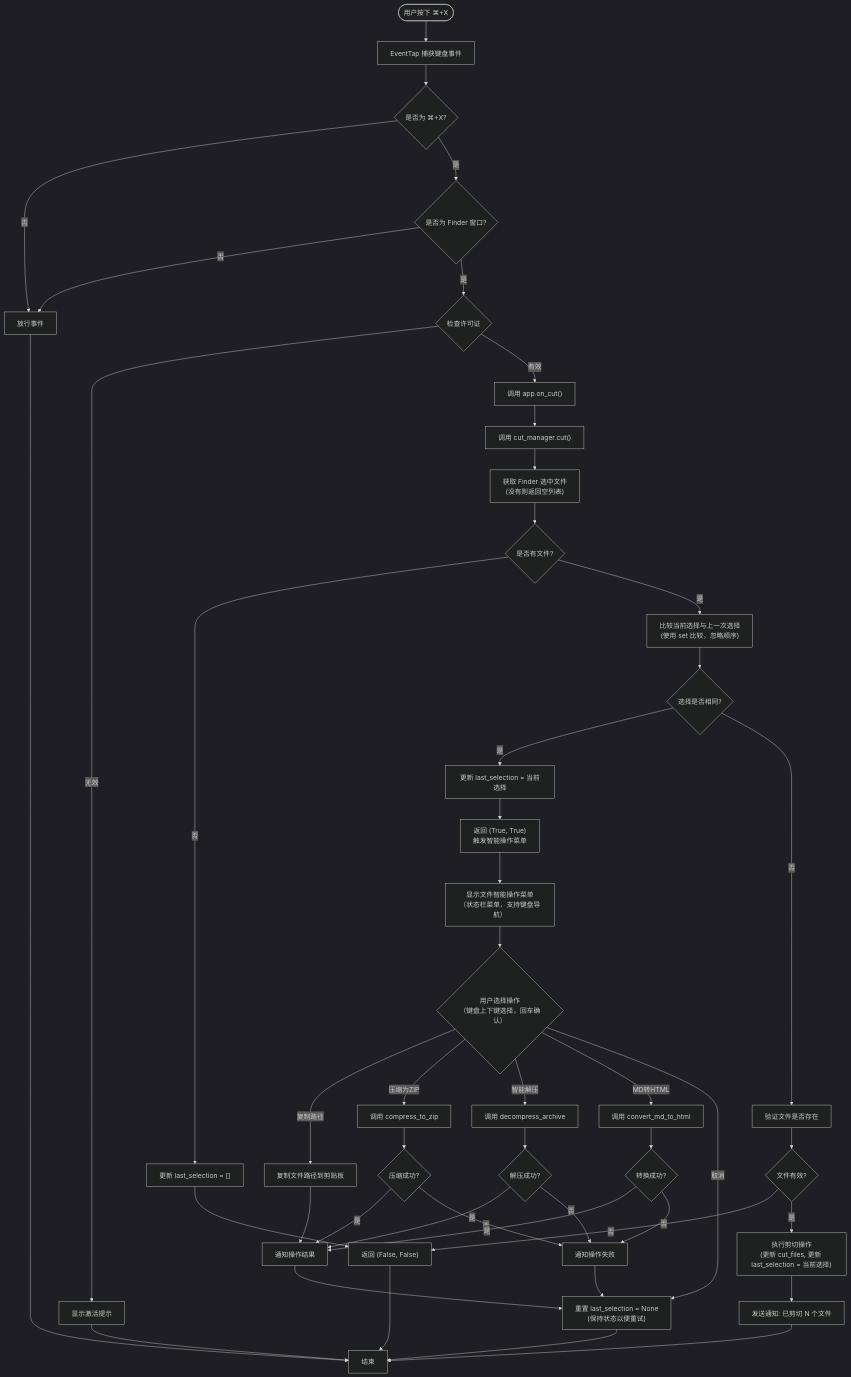
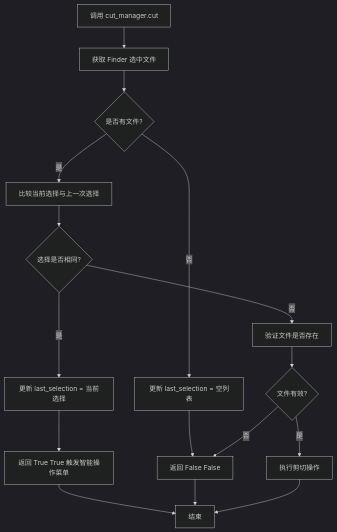
The third of 7 diagrams in 流程图.md (zhangs-cedar/mac-commondX), drawn with Mermaid (dark theme) before and after one commit. The commit also changed other lines of this file and 2 other files, not shown here.

Commit message:
feat: 添加流程图模块和Kimi API Key输入功能，优化用户交互体验

````diff
--- a/流程图.md
+++ b/流程图.md
@@ -5,61 +56,23 @@
 ```mermaid
 flowchart TD
-    Start(["用户按下 ⌘+X"]) --> EventTap[EventTap 捕获键盘事件]
-    EventTap --> CheckKey{是否为 ⌘+X?}
-    CheckKey -->|否| PassEvent[放行事件]
-    CheckKey -->|是| CheckFinder{是否为 Finder 窗口?}
-    CheckFinder -->|否| PassEvent
-    CheckFinder -->|是| CheckLicense{检查许可证}
-    
-    CheckLicense -->|无效| ShowActivation[显示激活提示]
-    CheckLicense -->|有效| OnCut["调用 app.on_cut()"]
-    
-    OnCut --> CallCut["调用 cut_manager.cut()"]
-    CallCut --> GetSelection["获取 Finder 选中文件<br/>(没有则返回空列表)"]
+    Start[调用 cut_manager.cut] --> GetSelection[获取 Finder 选中文件]
     GetSelection --> HasFiles{是否有文件?}
     
-    HasFiles -->|否| UpdateLastEmpty["更新 last_selection = []"]
-    HasFiles -->|是| CompareSelection["比较当前选择与上一次选择<br/>(使用 set 比较，忽略顺序)"]
+    HasFiles -->|否| UpdateLastEmpty[更新 last_selection = 空列表]
+    HasFiles -->|是| CompareSelection[比较当前选择与上一次选择]
     
     CompareSelection --> IsSame{选择是否相同?}
-    IsSame -->|是| UpdateLastSame["更新 last_selection = 当前选择"]
-    IsSame -->|否| ValidateFiles["验证文件是否存在"]
+    IsSame -->|是| UpdateLastSame[更新 last_selection = 当前选择]
+    IsSame -->|否| ValidateFiles[验证文件是否存在]
     
-    UpdateLastSame --> ReturnShowDialog["返回 (True, True)<br/>触发智能操作菜单"]
-    UpdateLastEmpty --> ReturnFalse["返回 (False, False)"]
+    UpdateLastSame --> ReturnShowDialog[返回 True True 触发智能操作菜单]
+    UpdateLastEmpty --> ReturnFalse[返回 False False]
     
     ValidateFiles --> FilesValid{文件有效?}
     FilesValid -->|否| ReturnFalse
-    FilesValid -->|是| DoCut["执行剪切操作<br/>(更新 cut_files, 更新 last_selection = 当前选择)"]
+    FilesValid -->|是| DoCut[执行剪切操作]
     
-    DoCut --> SendNotify["发送通知: 已剪切 N 个文件"]
-    SendNotify --> End[结束]
-    
-    ReturnShowDialog --> ShowMenu[显示文件智能操作菜单<br/>（状态栏菜单，支持键盘导航）]
-    
-    ShowMenu --> UserChoice{用户选择操作<br/>（键盘上下键选择，回车确认）}
-    UserChoice -->|复制路径| CopyPaths[复制文件路径到剪贴板]
-    UserChoice -->|压缩为ZIP| Compress[调用 compress_to_zip]
-    UserChoice -->|智能解压| Decompress[调用 decompress_archive]
-    UserChoice -->|MD转HTML| MdToHtml[调用 convert_md_to_html]
-    UserChoice -->|取消| ResetLastSelection["重置 last_selection = None<br/>(保持状态以便重试)"]
-    
-    CopyPaths --> NotifySuccess["通知操作结果"]
-    Compress --> CheckCompress{压缩成功?}
-    Decompress --> CheckDecompress{解压成功?}
-    MdToHtml --> CheckMdHtml{转换成功?}
-    
-    CheckCompress -->|是| NotifySuccess
-    CheckCompress -->|否| NotifyFail["通知操作失败"]
-    CheckDecompress -->|是| NotifySuccess
-    CheckDecompress -->|否| NotifyFail
-    CheckMdHtml -->|是| NotifySuccess
-    CheckMdHtml -->|否| NotifyFail
-    
-    NotifySuccess --> ResetLastSelection
-    NotifyFail --> ResetLastSelection
-    ResetLastSelection --> End
+    ReturnShowDialog --> End[结束]
     ReturnFalse --> End
-    ShowActivation --> End
-    PassEvent --> End
+    DoCut --> End
 ```
````
